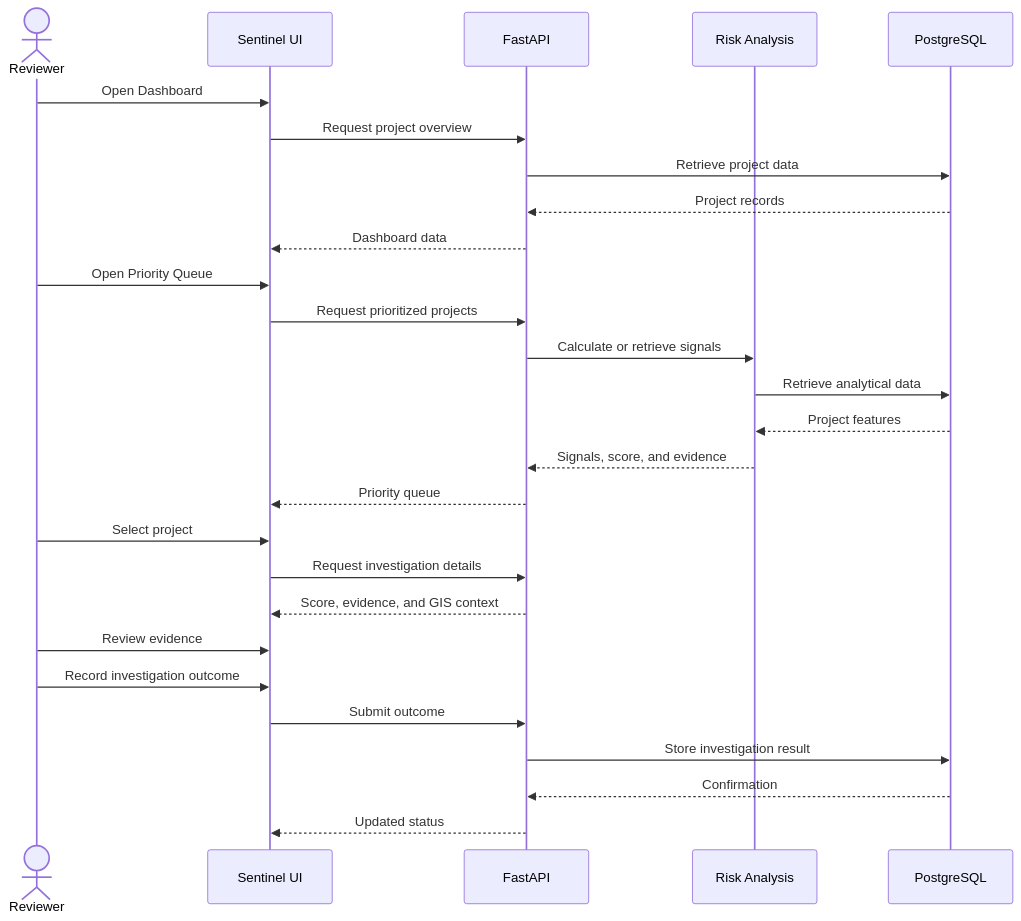
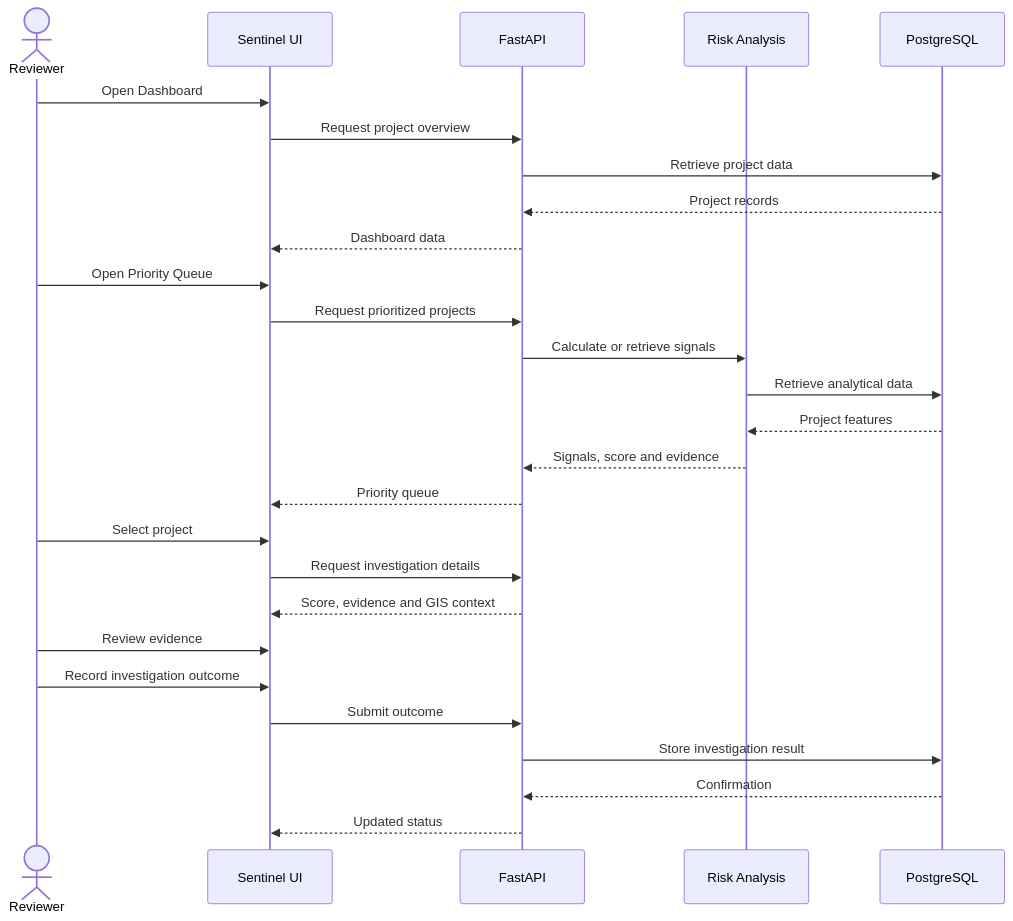
One commit to the-nidhi-bhat/mplads-sentinel changed diagram 17 of 17 in README.md. Above: the diagram before and after it, drawn with Mermaid. The commit also changed other lines of this file, not shown here.

````diff
--- a/README.md
+++ b/README.md
@@ -941,35 +818,34 @@
 ```mermaid
 sequenceDiagram
     actor Reviewer
-
     participant UI as Sentinel UI
     participant API as FastAPI
     participant Risk as Risk Analysis
     participant DB as PostgreSQL
 
     Reviewer->>UI: Open Dashboard
     UI->>API: Request project overview
     API->>DB: Retrieve project data
     DB-->>API: Project records
     API-->>UI: Dashboard data
 
     Reviewer->>UI: Open Priority Queue
     UI->>API: Request prioritized projects
     API->>Risk: Calculate or retrieve signals
     Risk->>DB: Retrieve analytical data
     DB-->>Risk: Project features
-    Risk-->>API: Signals, score, and evidence
+    Risk-->>API: Signals, score and evidence
     API-->>UI: Priority queue
 
     Reviewer->>UI: Select project
     UI->>API: Request investigation details
-    API-->>UI: Score, evidence, and GIS context
+    API-->>UI: Score, evidence and GIS context
 
     Reviewer->>UI: Review evidence
     Reviewer->>UI: Record investigation outcome
 
     UI->>API: Submit outcome
     API->>DB: Store investigation result
     DB-->>API: Confirmation
     API-->>UI: Updated status
 ```
````
